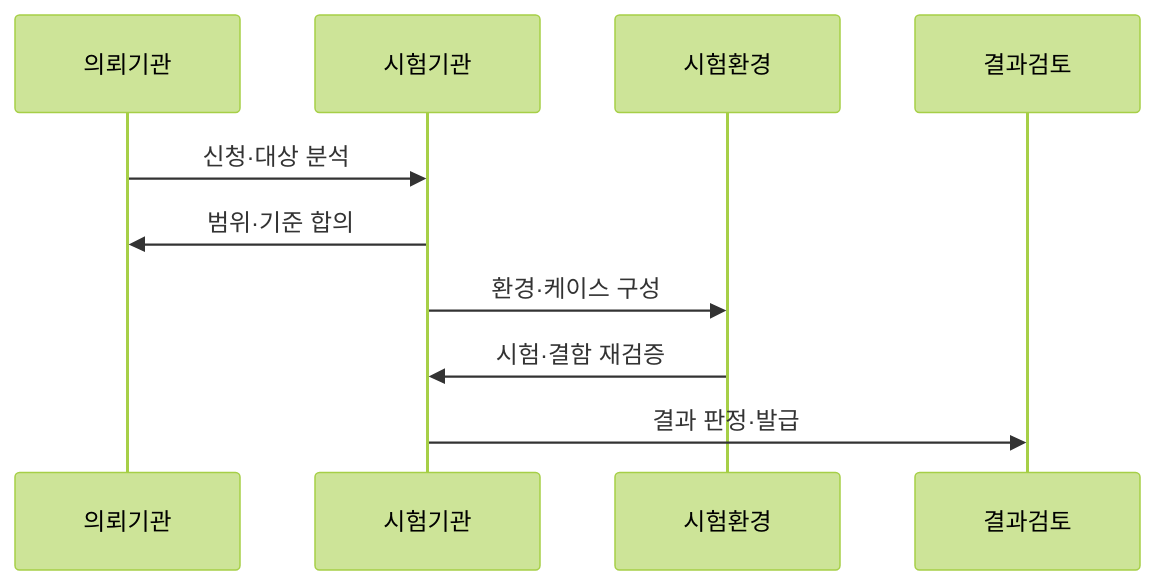
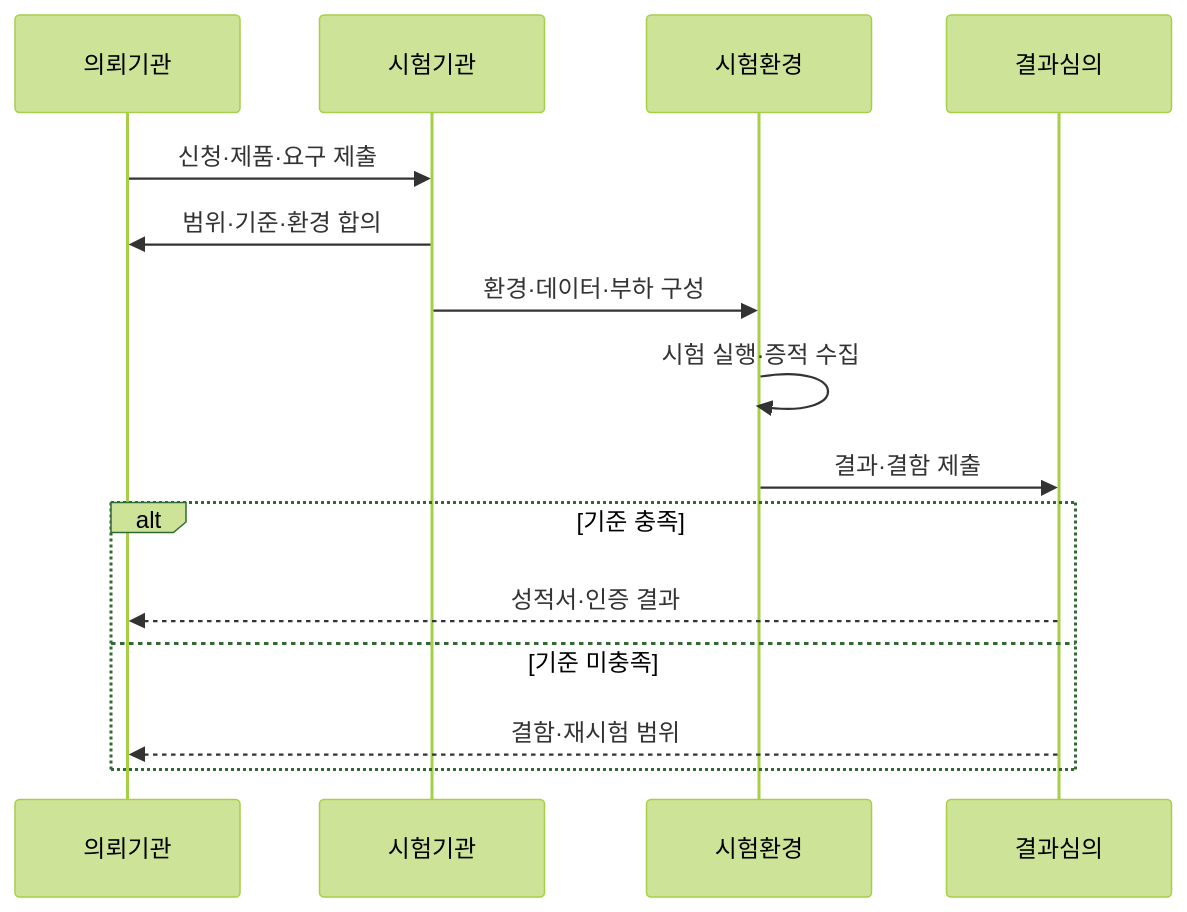
Before and after one commit to agnusdei1207/knowledge-base: the second of 2 diagrams in src/content/docs/notes/03-software/186_tta_sw_quality_test.md, drawn with Mermaid (forest theme). The commit also changed other lines of this file and 7 other files, not shown here.

````diff
--- a/src/content/docs/notes/03-software/186_tta_sw_quality_test.md
+++ b/src/content/docs/notes/03-software/186_tta_sw_quality_test.md
@@ -69,12 +77,17 @@
 ```mermaid
 sequenceDiagram
     participant C as 의뢰기관
     participant T as 시험기관
     participant E as 시험환경
-    participant R as 결과검토
-    C->>T: 신청·대상 분석
-    T->>C: 범위·기준 합의
-    T->>E: 환경·케이스 구성
-    E->>T: 시험·결함 재검증
-    T->>R: 결과 판정·발급
+    participant R as 결과심의
+    C->>T: 신청·제품·요구 제출
+    T->>C: 범위·기준·환경 합의
+    T->>E: 환경·데이터·부하 구성
+    E->>E: 시험 실행·증적 수집
+    E->>R: 결과·결함 제출
+    alt 기준 충족
+        R-->>C: 성적서·인증 결과
+    else 기준 미충족
+        R-->>C: 결함·재시험 범위
+    end
 ```
````
